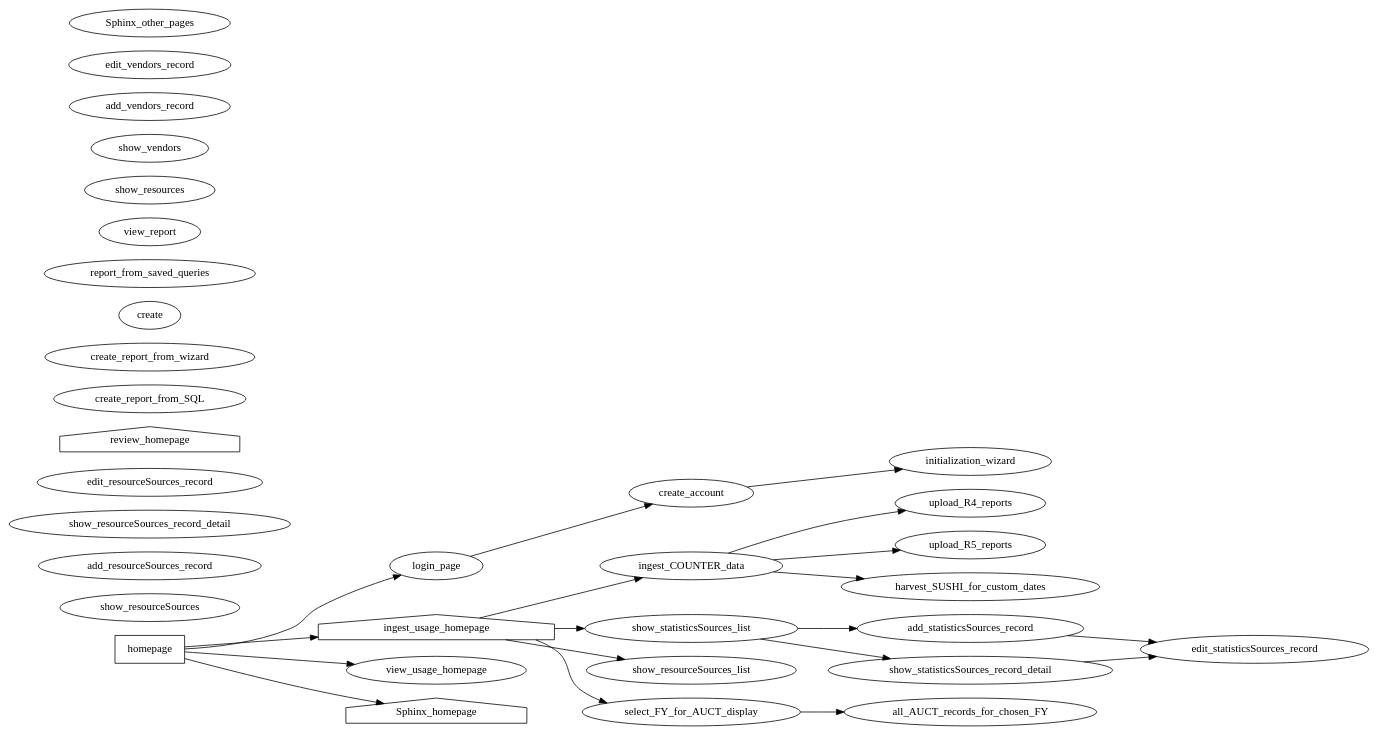
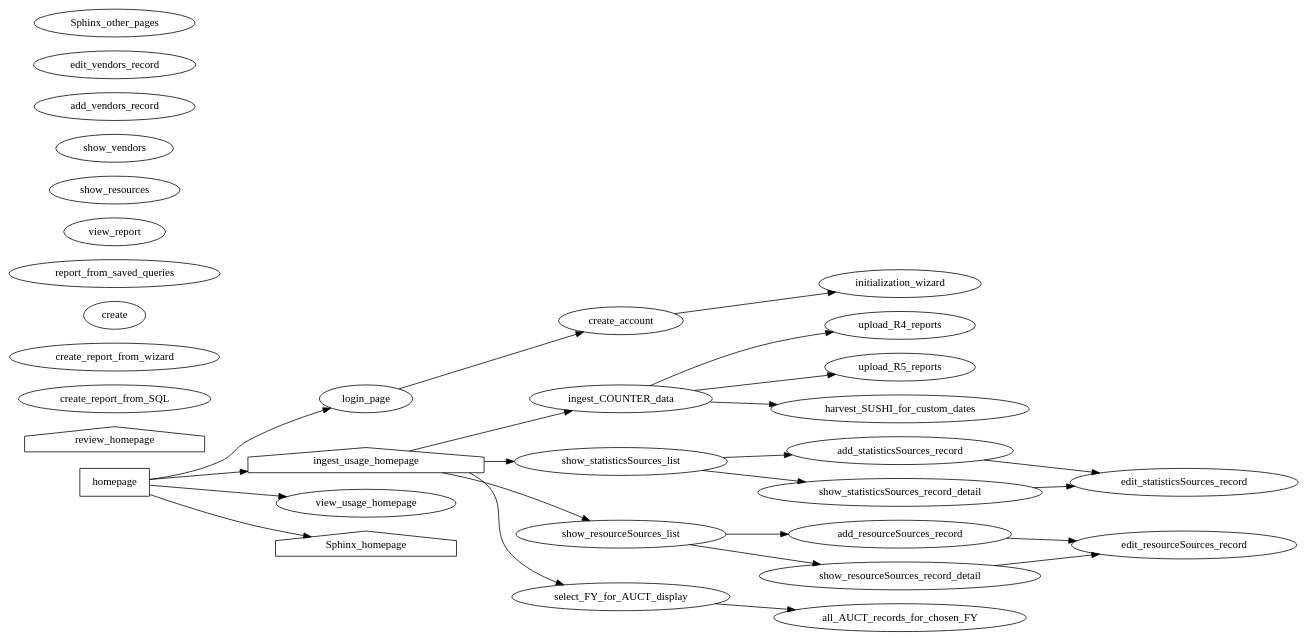
Before and after one commit to ereiskind/nolcat: the diagram in docs/source/sitemap.dot, drawn with Graphviz.

Commit message:
Update resourceSources pages

```diff
--- a/docs/source/sitemap.dot
+++ b/docs/source/sitemap.dot
@@ -1,113 +1,108 @@
 digraph nolcat_sitemap {
     /* *** NoLCAT SITEMAP *** */
     rankdir=LR
 
 
     /* *** Main NoLCAT Folder *** */
     homepage [shape="box"]
         homepage -> login_page
         homepage -> ingest_usage_homepage
         homepage -> view_usage_homepage
         homepage -> Sphinx_homepage
     login_page
         login_page -> create_account
     create_account
         create_account -> initialization_wizard // Page in `ingest` section; linkage because program will request data for database initialization upon creation of first account
     // And any other pages needed for authentication
 
 
     /* *** `ingest` Blueprint *** */
     ingest_usage_homepage [shape="house"]
         ingest_usage_homepage -> ingest_COUNTER_data
         ingest_usage_homepage -> show_statisticsSources_list
         ingest_usage_homepage -> show_resourceSources_list
         ingest_usage_homepage -> select_FY_for_AUCT_display
     
     // Pages for ingesting COUNTER data
     ingest_COUNTER_data
         ingest_COUNTER_data -> upload_R4_reports
         ingest_COUNTER_data -> upload_R5_reports
         ingest_COUNTER_data -> harvest_SUSHI_for_custom_dates
     upload_R4_reports
     upload_R5_reports
     harvest_SUSHI_for_custom_dates
     initialization_wizard
 
     // Pages for viewing status of usage collection for a given FY
     select_FY_for_AUCT_display
         select_FY_for_AUCT_display -> all_AUCT_records_for_chosen_FY
     all_AUCT_records_for_chosen_FY
 
 
     /* *** `view` Blueprint *** */
     //
 
 
     /* *** View Records from a Relation *** */
     // Not sure if this should go in `ingest`, `view`, or a new `records` blueprint
     show_statisticsSources_list
         show_statisticsSources_list -> add_statisticsSources_record
         show_statisticsSources_list -> show_statisticsSources_record_detail
     add_statisticsSources_record
         add_statisticsSources_record -> edit_statisticsSources_record // To provide info for the new record
     show_statisticsSources_record_detail
         show_statisticsSources_record_detail -> edit_statisticsSources_record
     edit_statisticsSources_record // Includes adding or editing notes
 
-
-    /* *** Collecting Usage Statistics *** */
-    // Pages for collecting usage statistics
-    
-
-    
-
-    show_resourceSources
-        //show_resourceSources -> add_resourceSources_record
-        //show_resourceSources -> show_resourceSources_record_detail
+    show_resourceSources_list
+        show_resourceSources_list -> add_resourceSources_record
+        show_resourceSources_list -> show_resourceSources_record_detail
     add_resourceSources_record
+        add_resourceSources_record -> edit_resourceSources_record // To provide info for the new record
     show_resourceSources_record_detail
-        //show_resourceSources_record_detail -> edit_resourceSources_record
+        show_resourceSources_record_detail -> edit_resourceSources_record
     edit_resourceSources_record // Includes adding or editing notes
 
 
+    
     /* *** Reviewing Usage Statistics *** */
     // Pages for reviewing usage data
     review_homepage [shape="house"]
         //review_homepage -> create_report_from_SQL
         //review_homepage -> create_report_from_wizard
         //review_homepage -> create report_from_saved_queries
         //review_homepage -> show_resourceSources /* DUPLICATED BOX */
         //review_homepage -> show_resources
         //review_homepage -> show_vendors
     
     create_report_from_SQL // Runs a custom SQL statement against the database
     create_report_from_wizard // GUI options are used to write SQL behind the scenes
     create report_from_saved_queries // SQL statements that are either complete or only ask for one input for commonly asked questions
 
         //create_report_from_SQL -> view_report
         //create_report_from_wizard -> view_report
         //create_report_from_saved_queries -> view_report
     view_report
 
     show_resources // Meaning the items in the resources table
     
         //show_resourceSources -> add_resourceSources_record
     add_resourceSources_record
         //show_resourceSources_record_detail -> edit_resourceSources_record
     edit_resourceSources_record // Includes adding or editing notes
     /* A way to handle adding `statisticsSources` to these `resourcesSources` must be developed */
 
     show_vendors
         //show_vendors -> add_vendors_record
     add_vendors_record
         //show_vendors_record_detail -> edit_vendors_record
     edit_vendors_record // Includes adding or editing notes
 
 
     /* *** Program Documentation *** */
     // The Sphinx documentation for the web app
     Sphinx_homepage [shape="house"]
         //Sphinx_homepage -> Sphinx_other_pages
 
     Sphinx_other_pages // Use Sphinx itself for site organization
 }
```
